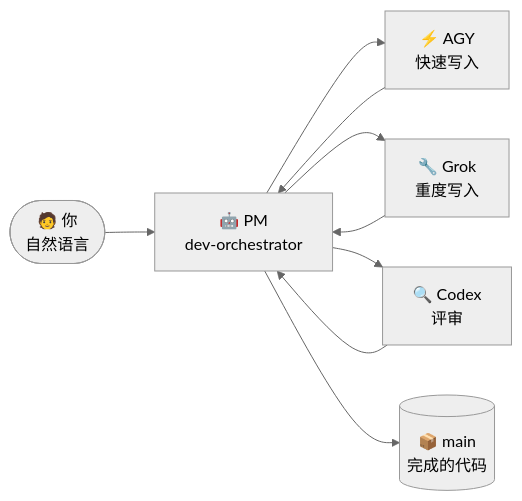
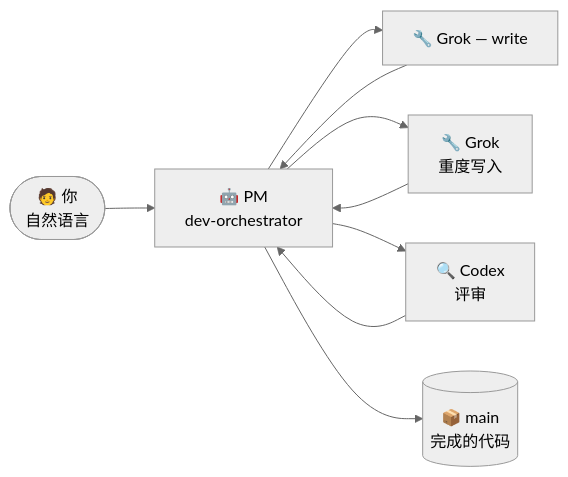
One commit to VKirill/claude-lane-stack changed the diagram in docs/BEGINNER.zh-CN.md. Above: the diagram before and after it, drawn with Mermaid (neutral theme). The commit also changed other lines of this file and 57 other files, not shown here.

First line of the commit message:
feat(lanes): Grok-only write + progressive MODE defaults

````diff
--- a/docs/BEGINNER.zh-CN.md
+++ b/docs/BEGINNER.zh-CN.md
@@ -20,11 +20,11 @@
 ```mermaid
 flowchart LR
     You(["🧑 你<br/>自然语言"]) --> PM["🤖 PM<br/>dev-orchestrator"]
-    PM --> W1["⚡ AGY<br/>快速写入"]
+    PM --> W1["🔧 Grok — write"]
     PM --> W2["🔧 Grok<br/>重度写入"]
     PM --> W3["🔍 Codex<br/>评审"]
     W1 --> PM
     W2 --> PM
     W3 --> PM
     PM --> Main[("📦 main<br/>完成的代码")]
 ```
````
